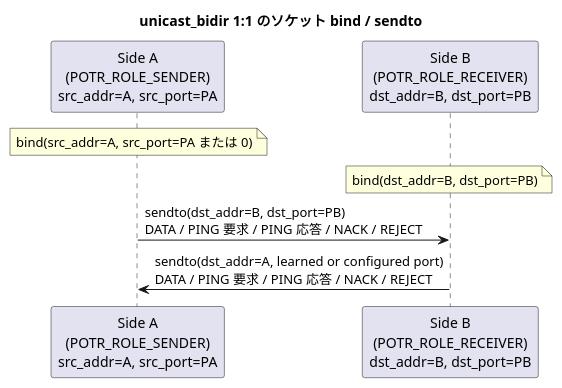
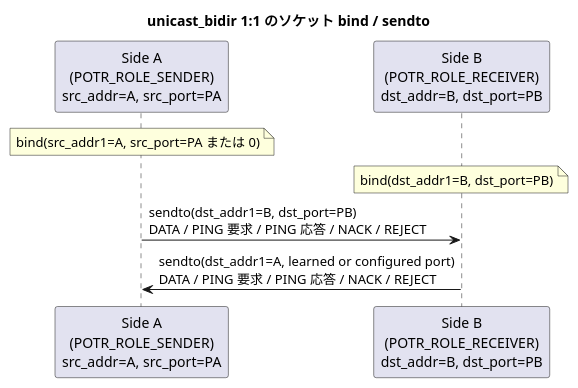
Before and after one commit to Hondarer/app_porter: the second of 5 diagrams in docs/config.md, drawn with PlantUML. The commit also changed other lines of this file and 27 other files, not shown here.

````diff
--- a/docs/config.md
+++ b/docs/config.md
@@ -377,14 +393,14 @@
 ```plantuml
 @startuml
 title unicast_bidir 1:1 のソケット bind / sendto
 
 participant "Side A\n(POTR_ROLE_SENDER)\nsrc_addr=A, src_port=PA" as A
 participant "Side B\n(POTR_ROLE_RECEIVER)\ndst_addr=B, dst_port=PB" as B
 
-note over A: bind(src_addr=A, src_port=PA または 0)
-note over B: bind(dst_addr=B, dst_port=PB)
+note over A: bind(src_addr1=A, src_port=PA または 0)
+note over B: bind(dst_addr1=B, dst_port=PB)
 
-A -> B: sendto(dst_addr=B, dst_port=PB)\nDATA / PING 要求 / PING 応答 / NACK / REJECT
-B -> A: sendto(dst_addr=A, learned or configured port)\nDATA / PING 要求 / PING 応答 / NACK / REJECT
+A -> B: sendto(dst_addr1=B, dst_port=PB)\nDATA / PING 要求 / PING 応答 / NACK / REJECT
+B -> A: sendto(dst_addr1=A, learned or configured port)\nDATA / PING 要求 / PING 応答 / NACK / REJECT
 @enduml
 ```
````
